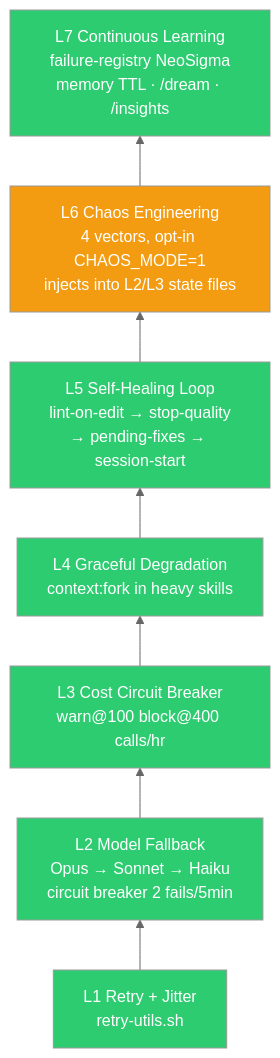
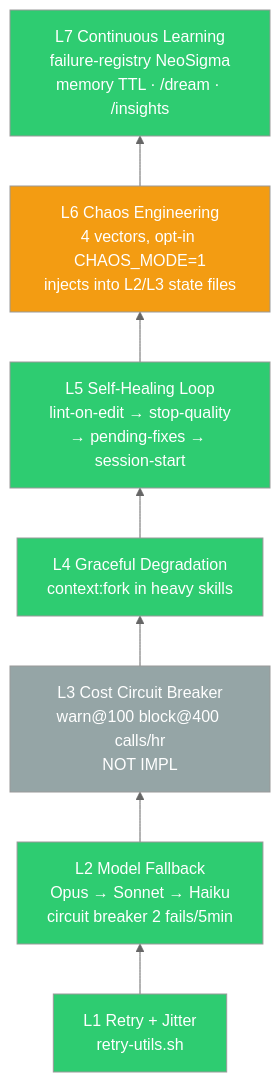
The second of 4 diagrams in docs/ARCHITECTURE.md (lucasmiachon-blip/OLMO), drawn with Mermaid (neutral theme) before and after one commit. The commit also changed other lines of this file and 9 other files, not shown here.

````diff
--- a/docs/ARCHITECTURE.md
+++ b/docs/ARCHITECTURE.md
@@ -88,17 +88,17 @@
 ```mermaid
 graph BT
     L1[L1 Retry + Jitter<br>retry-utils.sh] --> L2[L2 Model Fallback<br>Opus → Sonnet → Haiku<br>circuit breaker 2 fails/5min]
-    L2 --> L3[L3 Cost Circuit Breaker<br>warn@100 block@400 calls/hr]
+    L2 --> L3[L3 Cost Circuit Breaker<br>warn@100 block@400 calls/hr<br>NOT IMPL]
     L3 --> L4[L4 Graceful Degradation<br>context:fork in heavy skills]
     L4 --> L5[L5 Self-Healing Loop<br>lint-on-edit → stop-quality<br>→ pending-fixes → session-start]
     L5 --> L6[L6 Chaos Engineering<br>4 vectors, opt-in CHAOS_MODE=1<br>injects into L2/L3 state files]
     L6 --> L7[L7 Continuous Learning<br>failure-registry NeoSigma<br>memory TTL · /dream · /insights]
 
     style L1 fill:#2ecc71,color:#fff
     style L2 fill:#2ecc71,color:#fff
-    style L3 fill:#2ecc71,color:#fff
+    style L3 fill:#95a5a6,color:#fff
     style L4 fill:#2ecc71,color:#fff
     style L5 fill:#2ecc71,color:#fff
     style L6 fill:#f39c12,color:#fff
     style L7 fill:#2ecc71,color:#fff
 ```
````
